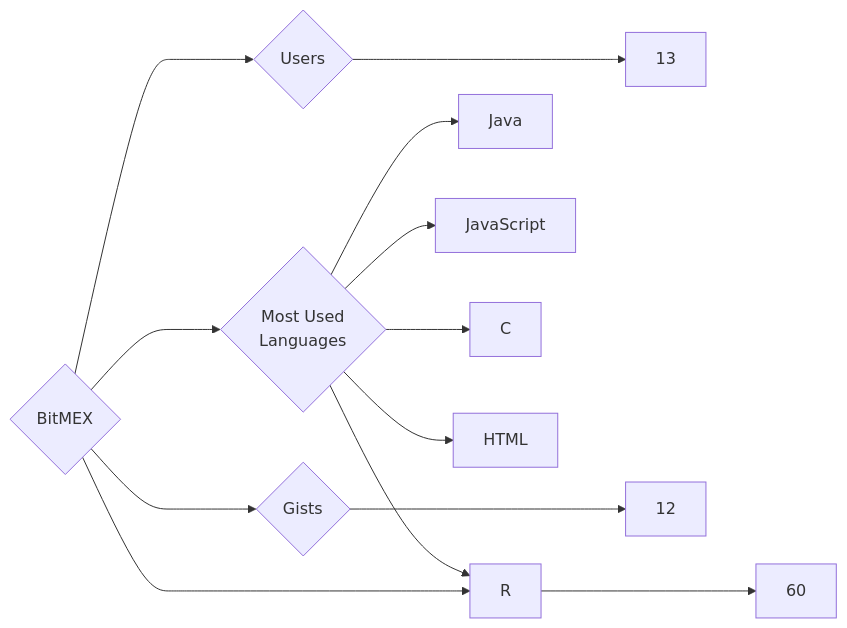
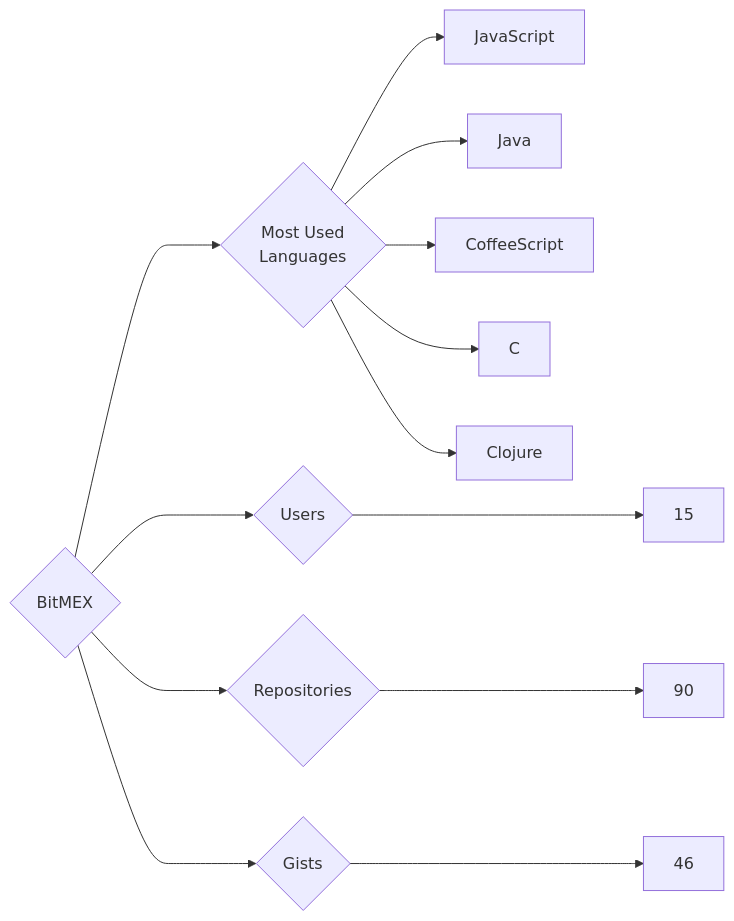
One commit to trickest/insiders changed the diagram in targets/BitMEX/README.md. Above: the diagram before and after it, drawn with Mermaid. The commit also changed 618 other files, not shown here.

````diff
--- a/targets/BitMEX/README.md
+++ b/targets/BitMEX/README.md
@@ -3,13 +3,13 @@
 ```mermaid
 graph LR
 COMPANY_NAME{BitMEX}
-COMPANY_NAME ---> U{Users} ---> UN[13]
-COMPANY_NAME ---> R{Repositories} ---> RN[60]
-COMPANY_NAME ---> G{Gists} ---> GN[12]
+COMPANY_NAME ---> U{Users} ---> UN[15]
+COMPANY_NAME ---> R{Repositories} ---> RN[90]
+COMPANY_NAME ---> G{Gists} ---> GN[46]
 COMPANY_NAME ---> ML{Most Used<br>Languages}
+ML --> JavaScript[JavaScript]
 ML --> Java[Java]
-ML --> JavaScript[JavaScript]
+ML --> CoffeeScript[CoffeeScript]
 ML --> C[C]
-ML --> HTML[HTML]
-ML --> R[R]
+ML --> Clojure[Clojure]
 ```
````
